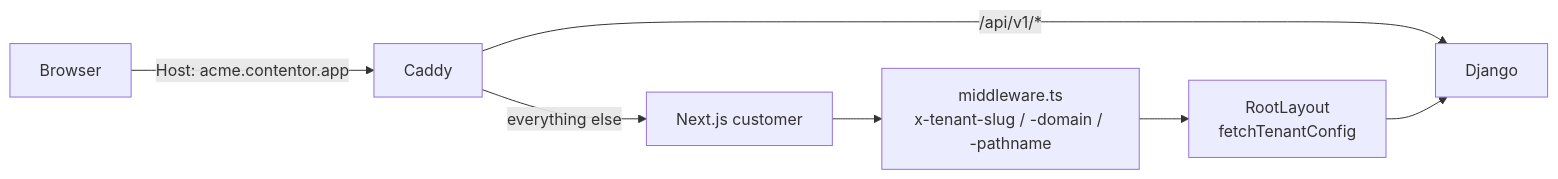
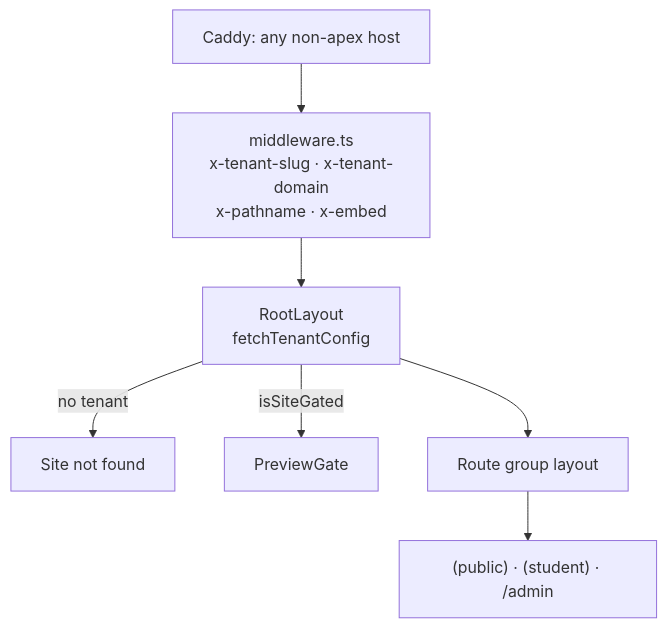
Before and after one commit to tahayusufkomur/contentor: the diagram in docs/wiki/student-portal-app-frontend-customer.md, drawn with Mermaid. The commit also changed other lines of this file and 7 other files, not shown here.

````diff
--- a/docs/wiki/student-portal-app-frontend-customer.md
+++ b/docs/wiki/student-portal-app-frontend-customer.md
@@ -25,9 +21,9 @@
 ```mermaid
-graph LR
-  B[Browser] -->|Host: acme.contentor.app| C[Caddy]
-  C -->|/api/v1/*| D[Django]
-  C -->|everything else| N[Next.js customer]
-  N --> M[middleware.ts<br/>x-tenant-slug / -domain / -pathname]
-  M --> L[RootLayout<br/>fetchTenantConfig]
-  L --> D
+flowchart TD
+    A[Caddy: any non-apex host] --> B[middleware.ts<br/>x-tenant-slug · x-tenant-domain<br/>x-pathname · x-embed]
+    B --> C[RootLayout<br/>fetchTenantConfig]
+    C -->|no tenant| D[Site not found]
+    C -->|isSiteGated| E[PreviewGate]
+    C --> F[Route group layout]
+    F --> G["(public) · (student) · /admin"]
 ```
````
